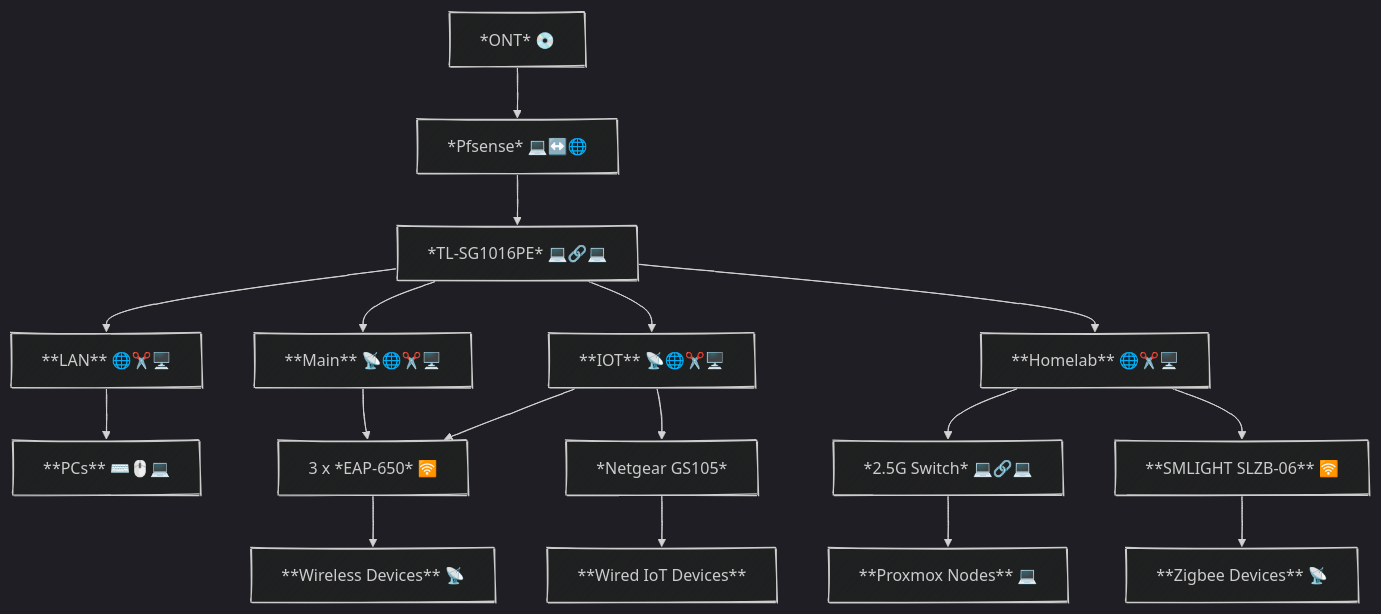
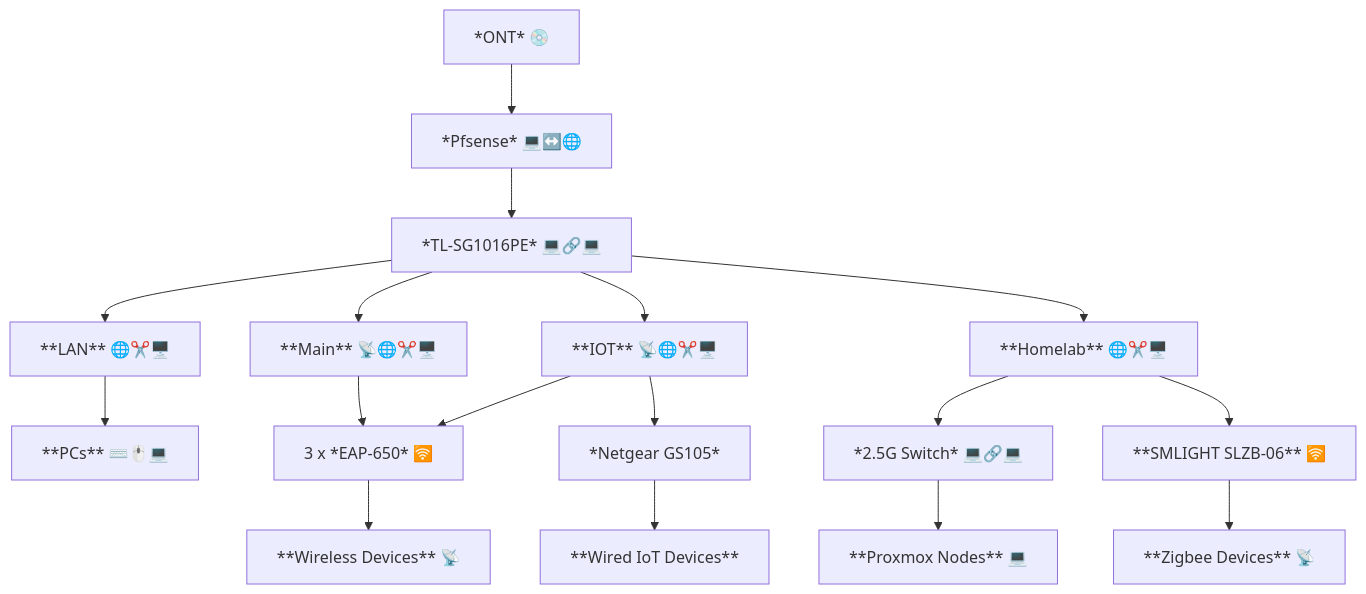
The diagram in README.md (bbl232/homelab-documentation), drawn with Mermaid before and after one commit.

Commit message:
ditch theme that looks bad on github

````diff
--- a/README.md
+++ b/README.md
@@ -41,24 +41,19 @@
 ```mermaid
----
-config:
-    look: handDrawn
-    theme: dark
----
 graph
     ONT[*ONT* 💿] --> ROUTER[*Pfsense* 💻↔️🌐]
     ROUTER --> MAINSWITCH[*TL-SG1016PE* 💻🔗💻]
     MAINSWITCH --> VLAN0[**LAN** 🌐✂️🖥️]
     MAINSWITCH --> VLAN1[**Main** 📡🌐✂️🖥️]
     MAINSWITCH --> VLAN2[**IOT** 📡🌐✂️🖥️]
     MAINSWITCH --> VLAN3[**Homelab** 🌐✂️🖥️]
     VLAN1 --> AP[3 x *EAP-650* 🛜]
     AP --> WLDEV[**Wireless Devices** 📡]
     VLAN2 --> AP
     VLAN0 --> PCs[**PCs** ⌨️🖱️💻]
     VLAN3 --> HLSW[*2.5G Switch* 💻🔗💻]
     HLSW --> PM[**Proxmox Nodes** 💻]
     VLAN3 --> ZIGBEE[**SMLIGHT SLZB-06** 🛜]
     ZIGBEE --> ZBDEV[**Zigbee Devices** 📡]
     VLAN2 --> NGSW[*Netgear GS105*]
     NGSW --> WSD[**Wired IoT Devices**]
 ```
````
